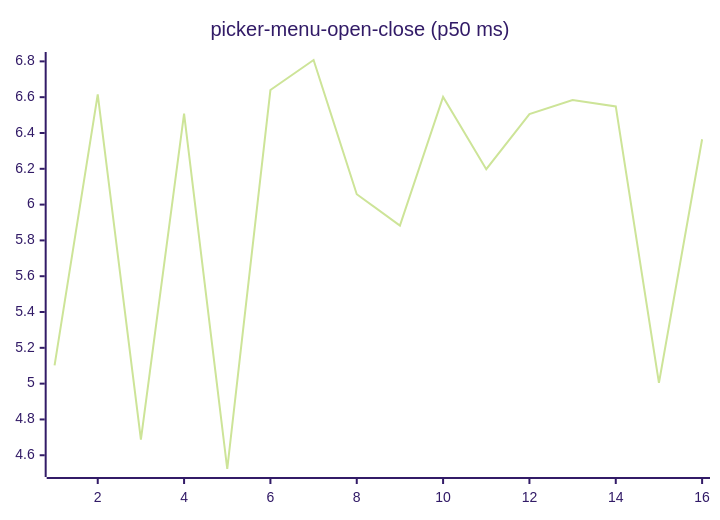
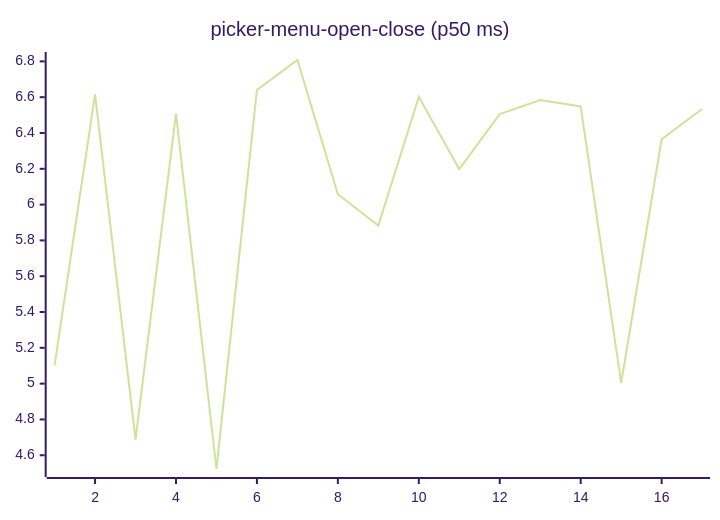
One commit to josha/Facet changed diagram 16 of 27 in README.md. Above: the diagram before and after it, drawn with Mermaid (forest theme). The commit also changed other lines of this file and 2 other files, not shown here.

````diff
--- a/README.md
+++ b/README.md
@@ -168,6 +168,6 @@
 ```mermaid
 xychart-beta
     title "picker-menu-open-close (p50 ms)"
-    x-axis 1 --> 16
-    line [5.1020, 6.6154, 4.6873, 6.5076, 4.5232, 6.6400, 6.8077, 6.0581, 5.8829, 6.6018, 6.1978, 6.5053, 6.5840, 6.5483, 5.0039, 6.3653]
+    x-axis 1 --> 17
+    line [5.1020, 6.6154, 4.6873, 6.5076, 4.5232, 6.6400, 6.8077, 6.0581, 5.8829, 6.6018, 6.1978, 6.5053, 6.5840, 6.5483, 5.0039, 6.3653, 6.5343]
 ```
````
